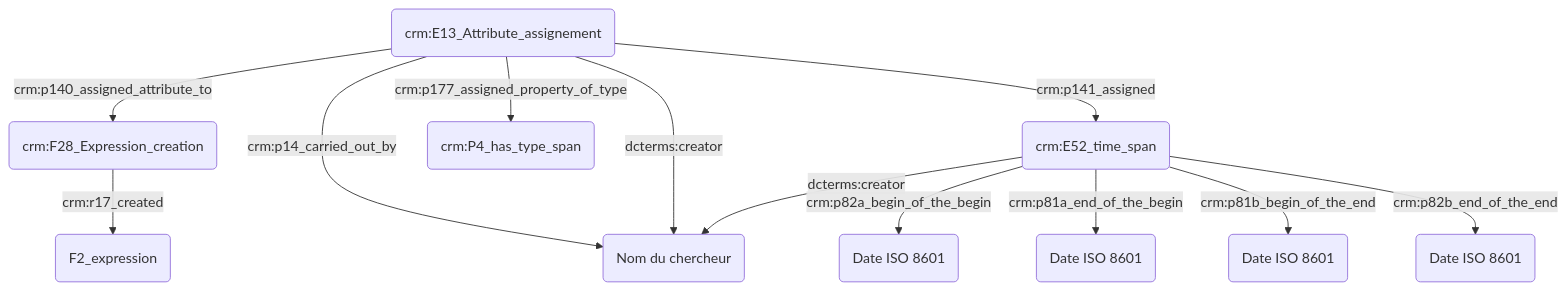
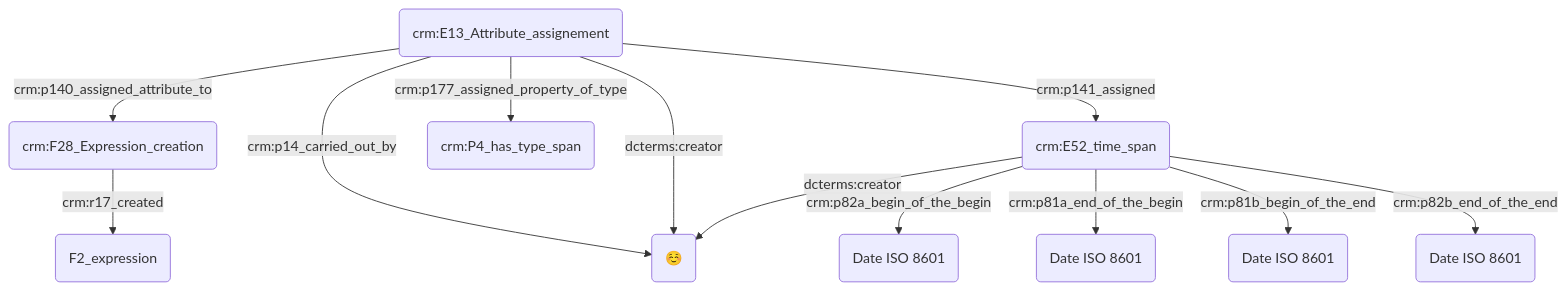
The diagram in modules/dates/2023.09.19_atelier.md (Amleth/consortium-musica2-gt2-ontologies), drawn with Mermaid before and after one commit.

````diff
--- a/modules/dates/2023.09.19_atelier.md
+++ b/modules/dates/2023.09.19_atelier.md
@@ -31,16 +31,16 @@
 ```mermaid
 graph TD;
 
 A(crm:F28_Expression_creation) --> |crm:r17_created| B(F2_expression)
 C(crm:E13_Attribute_assignement) --> |crm:p140_assigned_attribute_to| A(crm:F28_Expression_creation)
 C(crm:E13_Attribute_assignement) --> |crm:p141_assigned| D(crm:E52_time_span)
 C(crm:E13_Attribute_assignement) --> |crm:p177_assigned_property_of_type| E(crm:P4_has_type_span)
 C(crm:E13_Attribute_assignement) --> |crm:p14_carried_out_by| G("☺️")
 C(crm:E13_Attribute_assignement) --> |dcterms:creator| G("☺️")
-D(crm:E52_time_span) --> |dcterms:creator| G("Nom du chercheur")
+D(crm:E52_time_span) --> |dcterms:creator| G("☺️")
 
 D(crm:E52_time_span) --> |crm:p82a_begin_of_the_begin| F("Date ISO 8601")
 D(crm:E52_time_span) --> |crm:p81a_end_of_the_begin| H("Date ISO 8601")
 D(crm:E52_time_span) --> |crm:p81b_begin_of_the_end| I("Date ISO 8601")
 D(crm:E52_time_span) --> |crm:p82b_end_of_the_end| J("Date ISO 8601")
 ```
````
